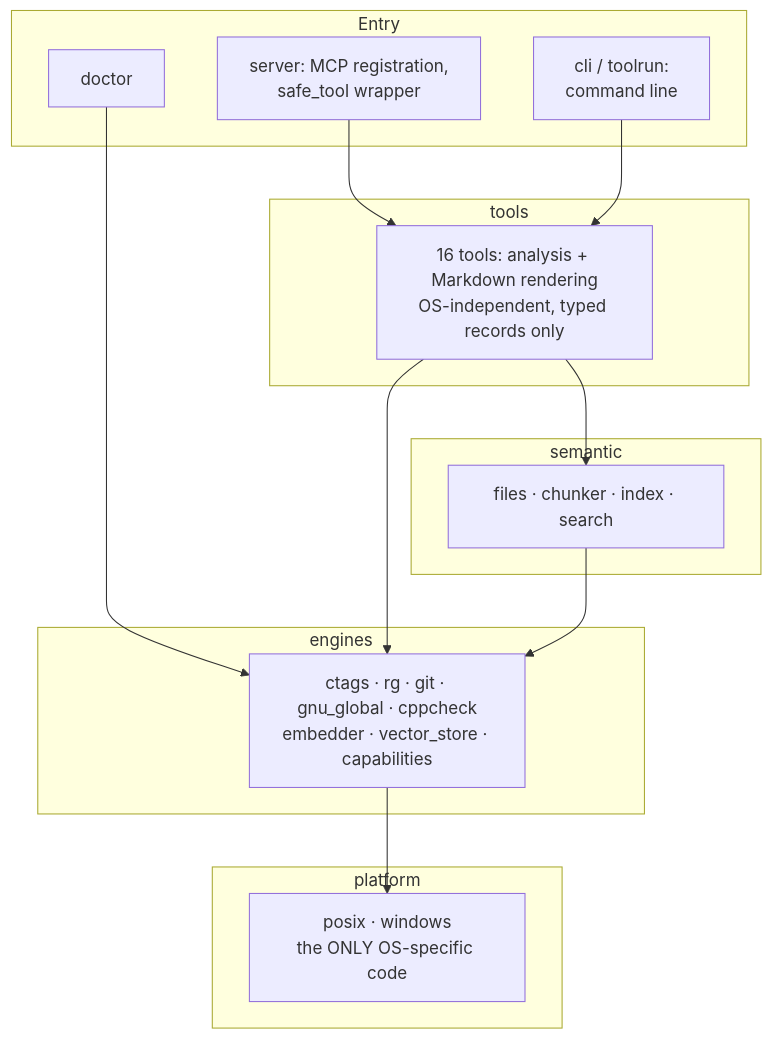
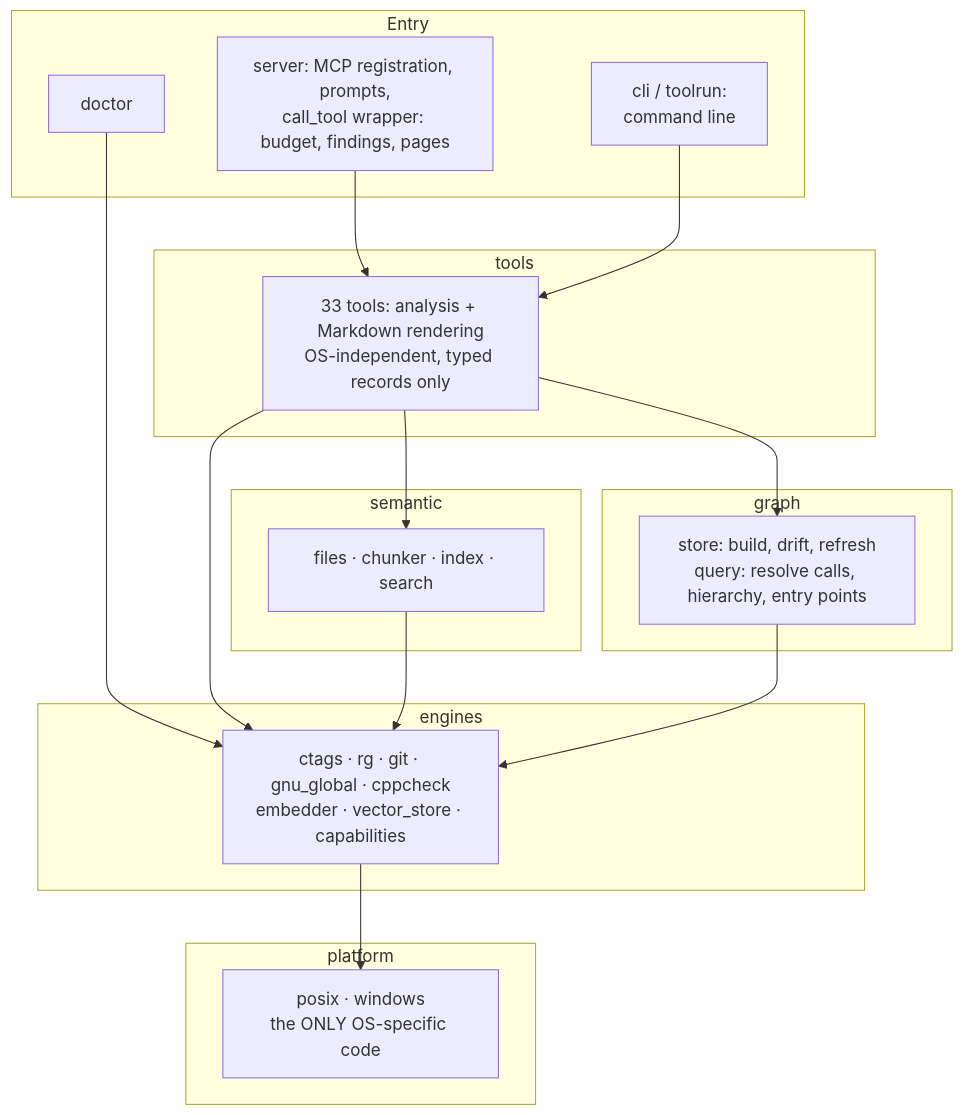
Before and after one commit to rashmirrout/StaticSight: the first of 3 diagrams in docs/book/04-architecture.md, drawn with Mermaid. The commit also changed other lines of this file and 174 other files, not shown here.

Commit message:
Expand code intelligence tools and improve cross-platform reliability 	- Add graph analysis, change planning, and finding verification tools       	- Add embedding model selection and improve Windows path and IPv6 handling 	- Expand documentation, fixtures, and Python/TypeScript parity coverage

````diff
--- a/docs/book/04-architecture.md
+++ b/docs/book/04-architecture.md
@@ -34,27 +34,32 @@
 ```mermaid
 flowchart TB
     subgraph Entry
-        E1[server: MCP registration,<br/>safe_tool wrapper]
+        E1[server: MCP registration, prompts,<br/>call_tool wrapper: budget, findings, pages]
         E2[cli / toolrun:<br/>command line]
         E3[doctor]
     end
     subgraph tools
-        T[16 tools: analysis + Markdown rendering<br/>OS-independent, typed records only]
+        T[33 tools: analysis + Markdown rendering<br/>OS-independent, typed records only]
     end
     subgraph semantic
         S[files · chunker · index · search]
+    end
+    subgraph graph
+        G[store: build, drift, refresh<br/>query: resolve calls, hierarchy, entry points]
     end
     subgraph engines
         EN[ctags · rg · git · gnu_global · cppcheck<br/>embedder · vector_store · capabilities]
     end
     subgraph platform
         P[posix · windows<br/>the ONLY OS-specific code]
     end
     E1 --> T
     E2 --> T
     E3 --> EN
     T --> S
+    T --> G
     T --> EN
     S --> EN
+    G --> EN
     EN --> P
 ```
````
